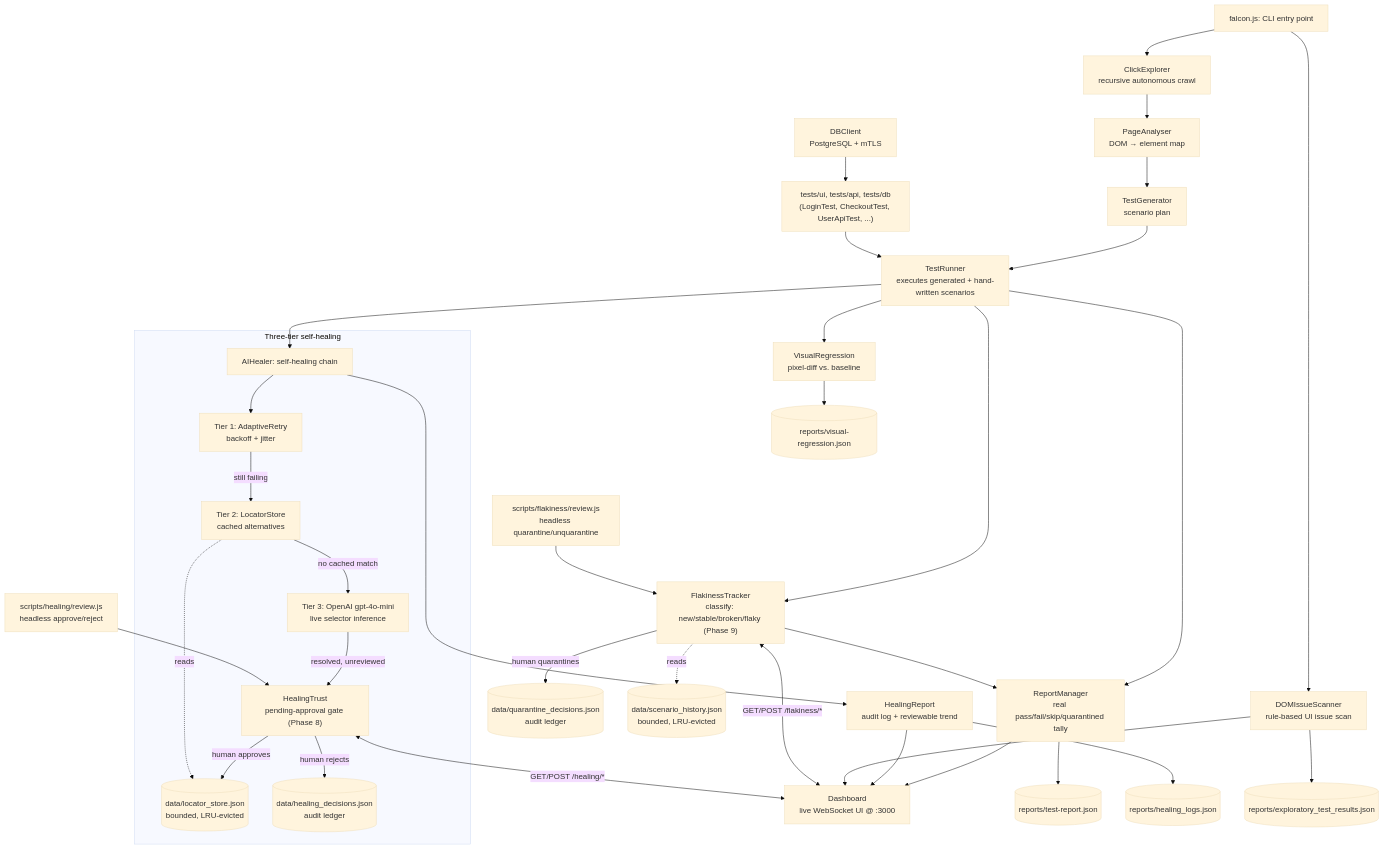
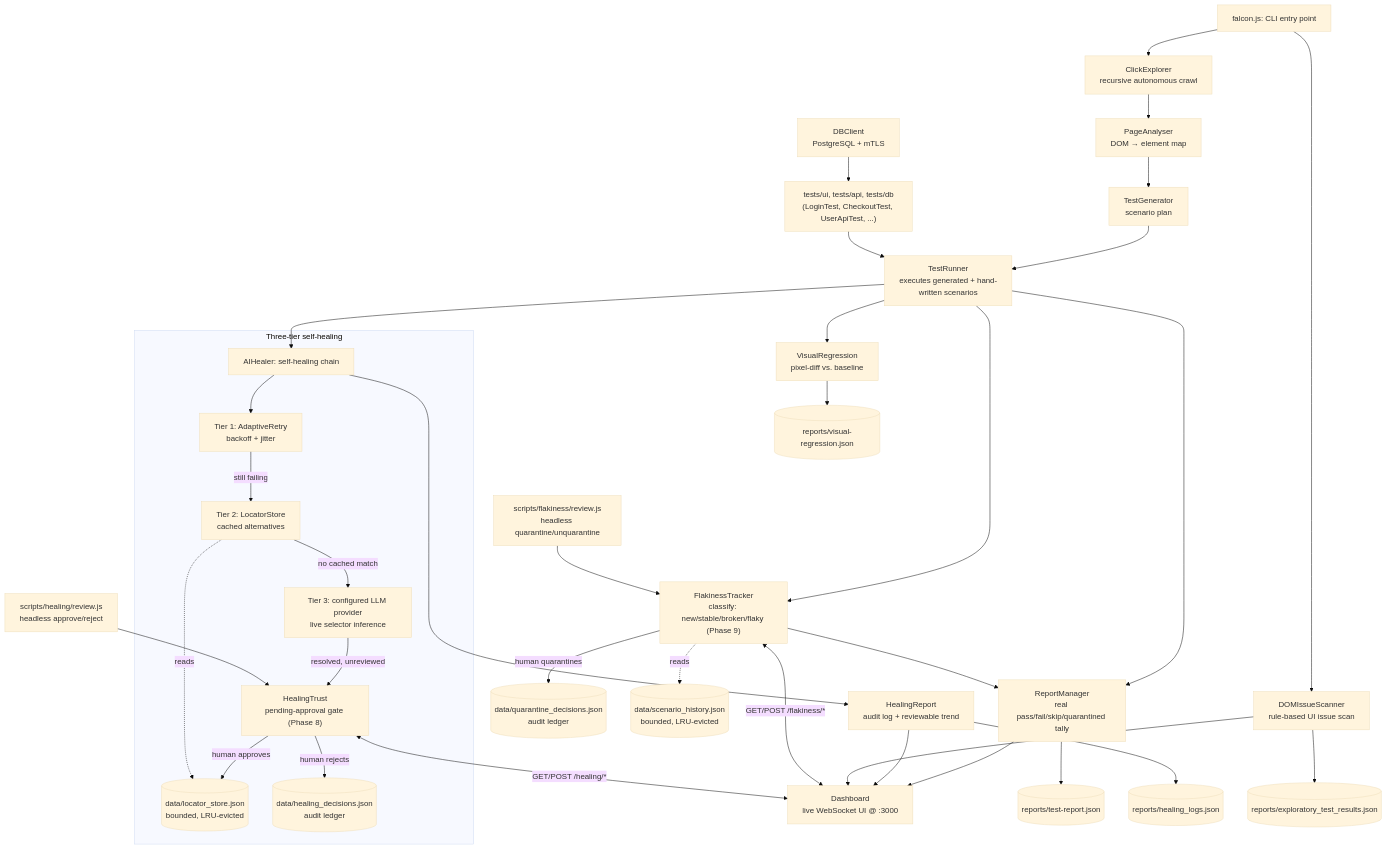
One commit to eddieir/Falcon-Automation changed the diagram in README.md. Above: the diagram before and after it, drawn with Mermaid (base theme). The commit also changed other lines of this file and 7 other files, not shown here.

````diff
--- a/README.md
+++ b/README.md
@@ -509,45 +509,45 @@
 ```mermaid
 flowchart TD
     CLI["falcon.js: CLI entry point"] --> Explore["DOMIssueScanner\nrule-based UI issue scan"]
     CLI --> Crawl["ClickExplorer\nrecursive autonomous crawl"]
     Crawl --> Analyse["PageAnalyser\nDOM → element map"]
     Analyse --> Gen["TestGenerator\nscenario plan"]
     Gen --> Runner["TestRunner\nexecutes generated + hand-written scenarios"]
 
     Suite["tests/ui, tests/api, tests/db\n(LoginTest, CheckoutTest, UserApiTest, ...)"] --> Runner
 
     Runner --> Healer["AIHealer: self-healing chain"]
     subgraph Healing["Three-tier self-healing"]
         Healer --> T1["Tier 1: AdaptiveRetry\nbackoff + jitter"]
         T1 -->|still failing| T2["Tier 2: LocatorStore\ncached alternatives"]
-        T2 -->|no cached match| T3["Tier 3: OpenAI gpt-4o-mini\nlive selector inference"]
+        T2 -->|no cached match| T3["Tier 3: configured LLM provider\nlive selector inference"]
         T3 -->|resolved, unreviewed| Trust["HealingTrust\npending-approval gate (Phase 8)"]
         Trust -->|human approves| Store[("data/locator_store.json\nbounded, LRU-evicted")]
         Trust -->|human rejects| Decisions[("data/healing_decisions.json\naudit ledger")]
         T2 -.reads.-> Store
     end
 
     Runner --> VR["VisualRegression\npixel-diff vs. baseline"]
     Runner --> RM["ReportManager\nreal pass/fail/skip/quarantined tally"]
     Healer --> HR["HealingReport\naudit log + reviewable trend"]
 
     Runner --> Flaky["FlakinessTracker\nclassify: new/stable/broken/flaky (Phase 9)"]
     Flaky -->|human quarantines| QDecisions[("data/quarantine_decisions.json\naudit ledger")]
     Flaky -.reads.-> ScenarioHistory[("data/scenario_history.json\nbounded, LRU-evicted")]
     Flaky --> RM
 
     RM --> Dash["Dashboard\nlive WebSocket UI @ :3000"]
     HR --> Dash
     Explore --> Dash
     Trust <-->|GET/POST /healing/*| Dash
     Flaky <-->|GET/POST /flakiness/*| Dash
     CLIReview["scripts/healing/review.js\nheadless approve/reject"] --> Trust
     FlakyReview["scripts/flakiness/review.js\nheadless quarantine/unquarantine"] --> Flaky
 
     RM --> ReportsJSON[("reports/test-report.json")]
     HR --> HealLogJSON[("reports/healing_logs.json")]
     VR --> DiffJSON[("reports/visual-regression.json")]
     Explore --> ExploreJSON[("reports/exploratory_test_results.json")]
 
     DB["DBClient\nPostgreSQL + mTLS"] --> Suite
 ```
````
